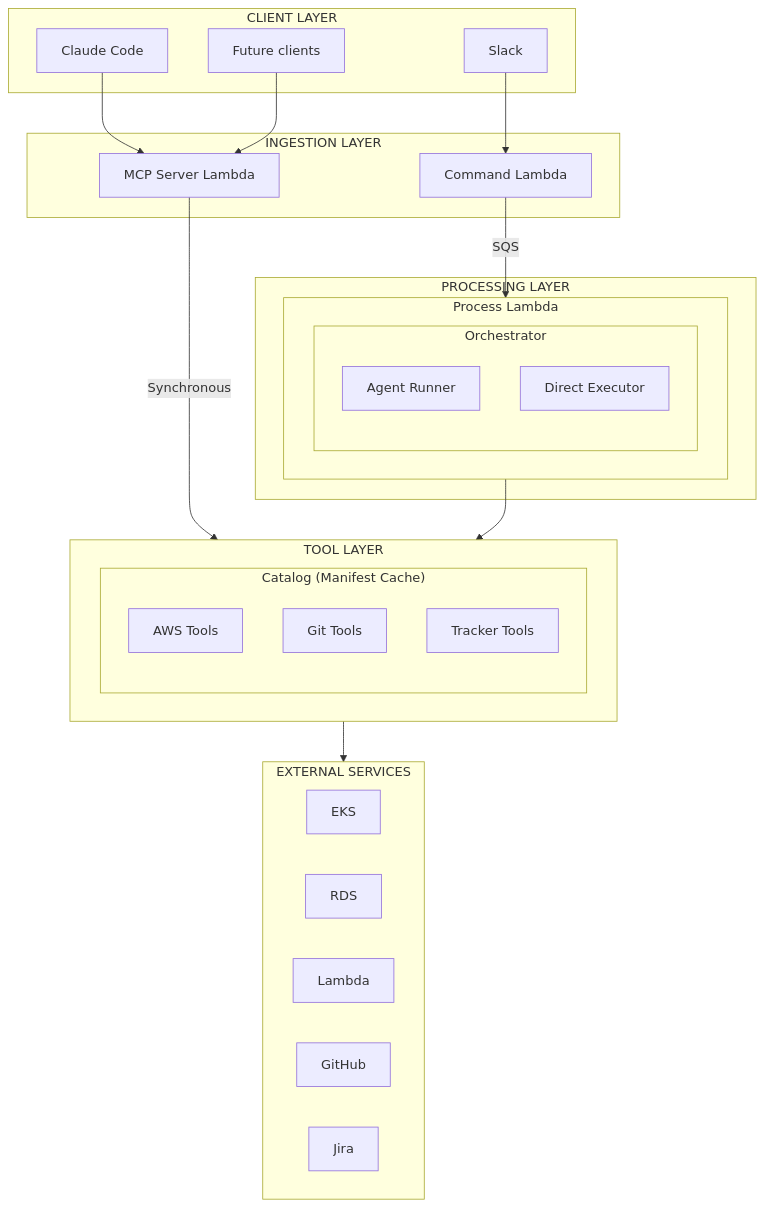
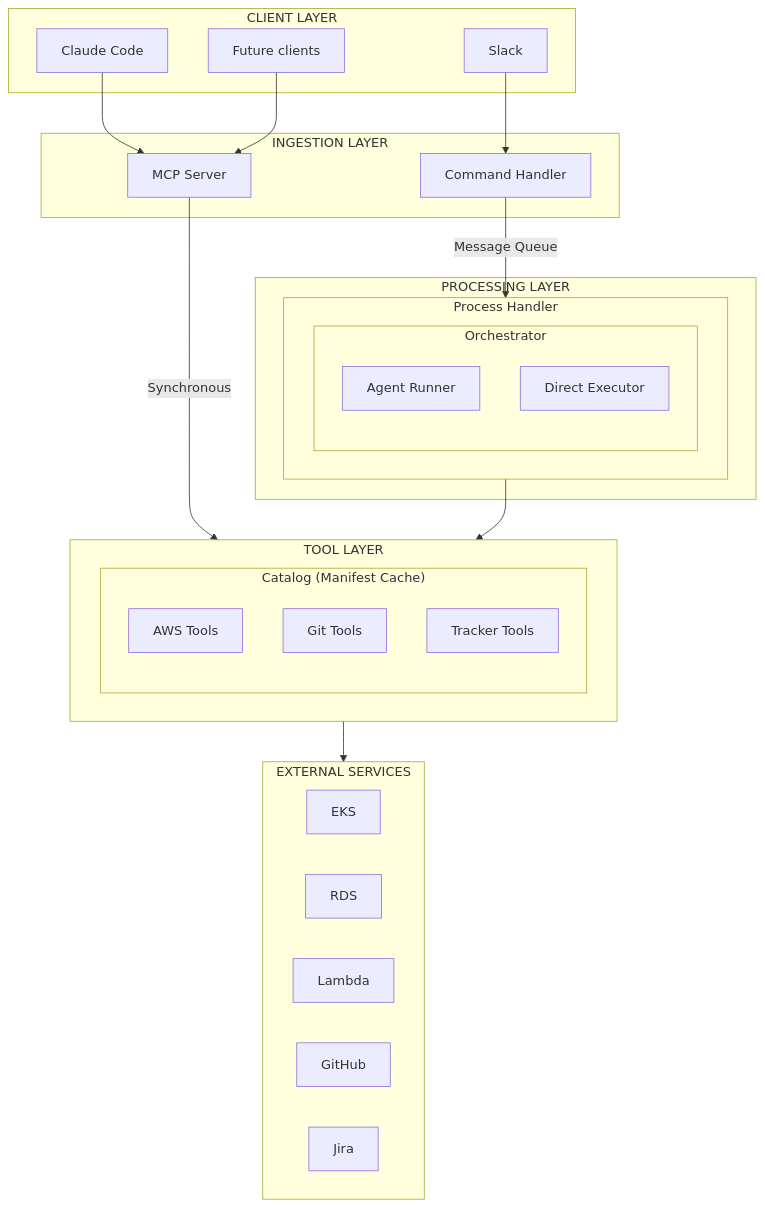
Before and after one commit to phbruce/agentrun: diagram 23 of 31 in docs/book/agentrun-book.md, drawn with Mermaid. The commit also changed other lines of this file, not shown here.

````diff
--- a/docs/book/agentrun-book.md
+++ b/docs/book/agentrun-book.md
@@ -3910,46 +3878,46 @@
 ```mermaid
 flowchart TB
     subgraph CLIENTS["CLIENT LAYER"]
         Slack["Slack"]
         ClaudeCode["Claude Code"]
         Future["Future clients"]
     end
 
     subgraph INGESTION["INGESTION LAYER"]
-        CommandLambda["Command Lambda"]
-        MCPServer["MCP Server Lambda"]
+        CommandHandler["Command Handler"]
+        MCPServer["MCP Server"]
     end
 
     subgraph PROCESSING["PROCESSING LAYER"]
-        subgraph ProcessLambda["Process Lambda"]
+        subgraph ProcessHandler["Process Handler"]
             subgraph Orchestrator["Orchestrator"]
                 AgentRunner["Agent Runner"]
                 DirectExecutor["Direct Executor"]
             end
         end
     end
 
     subgraph TOOLS["TOOL LAYER"]
         subgraph Catalog["Catalog (Manifest Cache)"]
             AWSTools["AWS Tools"]
             GitTools["Git Tools"]
             TrackerTools["Tracker Tools"]
         end
     end
 
     subgraph EXTERNAL["EXTERNAL SERVICES"]
         EKS["EKS"]
         RDS["RDS"]
         Lambda["Lambda"]
         GitHub["GitHub"]
         Jira["Jira"]
     end
 
-    Slack --> CommandLambda
+    Slack --> CommandHandler
     ClaudeCode --> MCPServer
     Future --> MCPServer
-    CommandLambda -- "SQS" --> ProcessLambda
+    CommandHandler -- "Message Queue" --> ProcessHandler
     MCPServer -- "Synchronous" --> TOOLS
-    ProcessLambda --> TOOLS
+    ProcessHandler --> TOOLS
     TOOLS --> EXTERNAL
 ```
````
